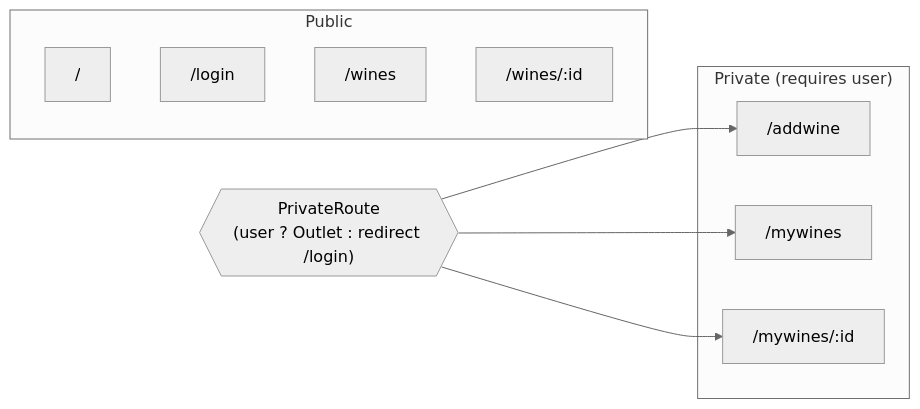
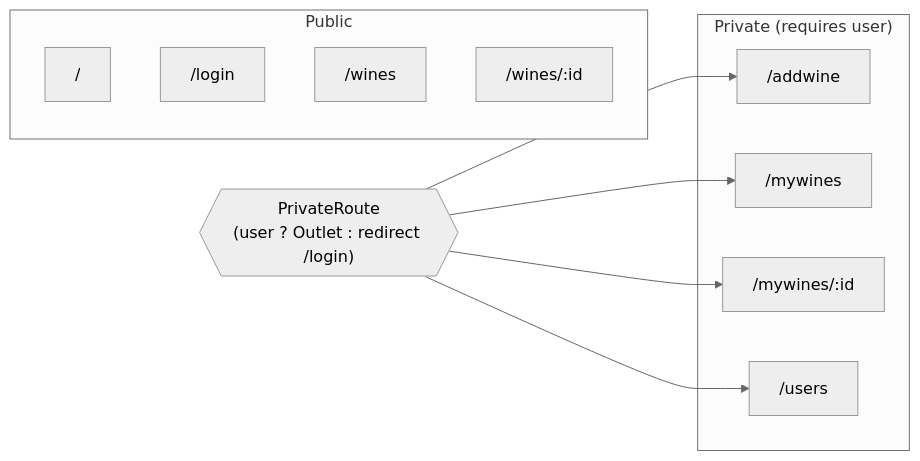
The second of 8 diagrams in front/docs/ARCHITECTURE.md (vsvala/KnowWine-AI), drawn with Mermaid (neutral theme) before and after one commit. The commit also changed other lines of this file and 2 other files, not shown here.

````diff
--- a/front/docs/ARCHITECTURE.md
+++ b/front/docs/ARCHITECTURE.md
@@ -110,18 +110,20 @@
 ```mermaid
 graph LR
     subgraph Public
         Home["/"]
         Login["/login"]
         Wines["/wines"]
         WineDetail["/wines/:id"]
     end
     subgraph "Private (requires user)"
         AddWine["/addwine"]
         MyWines["/mywines"]
         MyWineDetail["/mywines/:id"]
+        Users["/users"]
     end
     PrivateRoute{{"PrivateRoute\n(user ? Outlet : redirect /login)"}}
     PrivateRoute --> AddWine
     PrivateRoute --> MyWines
     PrivateRoute --> MyWineDetail
+    PrivateRoute --> Users
 ```
````
